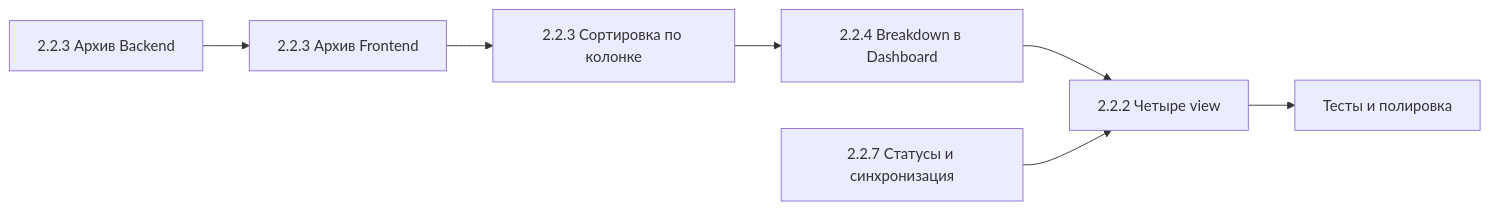
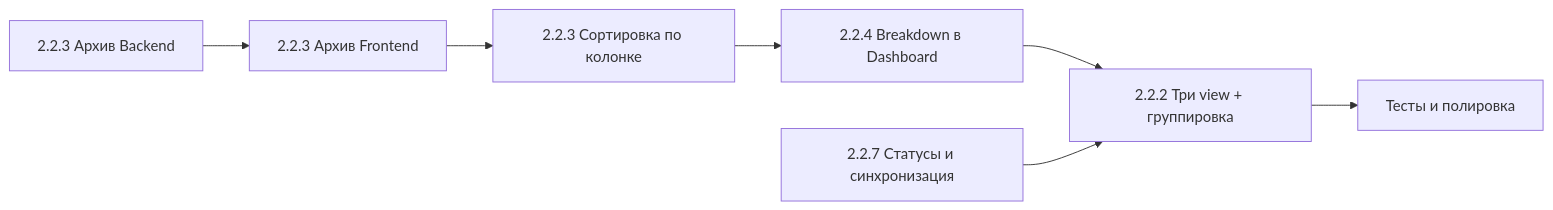
Before and after one commit to Brain-Master/BM_SmartParcelTracker: the diagram in ROADMAP_sprint-2.2-DETAILED.md, drawn with Mermaid. The commit also changed other lines of this file and 7 other files, not shown here.

````diff
--- a/ROADMAP_sprint-2.2-DETAILED.md
+++ b/ROADMAP_sprint-2.2-DETAILED.md
@@ -34,9 +33,9 @@
 ```mermaid
 graph LR
   A[2.2.3 Архив Backend] --> B[2.2.3 Архив Frontend]
   B --> C[2.2.3 Сортировка по колонке]
   C --> D[2.2.4 Breakdown в Dashboard]
-  D --> E[2.2.2 Четыре view]
+  D --> E[2.2.2 Три view + группировка]
   E --> F[Тесты и полировка]
   G[2.2.7 Статусы и синхронизация] --> E
 ```
````
